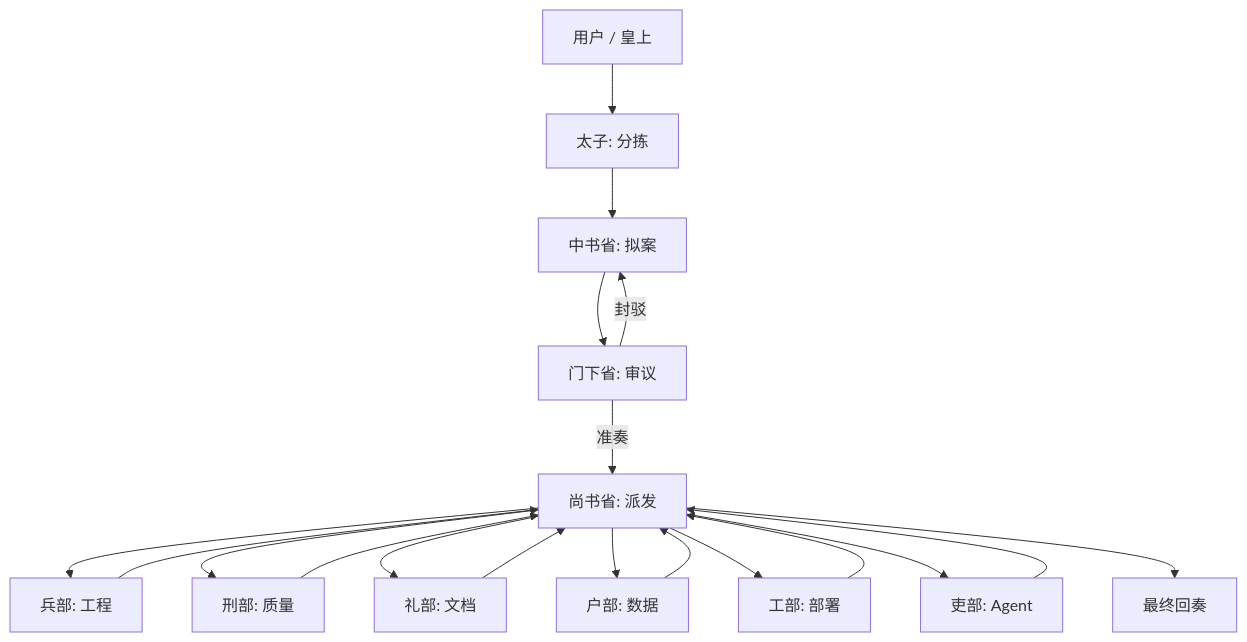
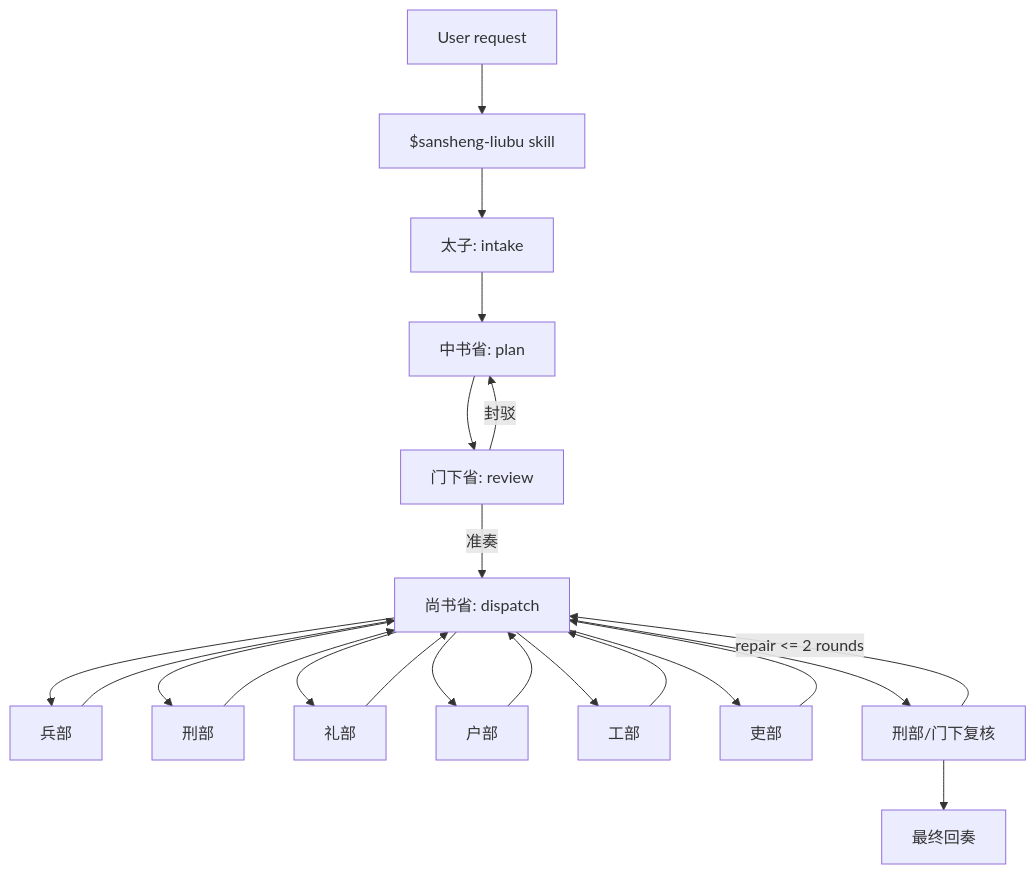
The diagram in docs/architecture.md (EthanHuangEbor/Agent-Team), drawn with Mermaid before and after one commit. The commit also changed other lines of this file and 55 other files, not shown here.

Commit message:
Refactor to Sansheng Liubu skill-first workflow

````diff
--- a/docs/architecture.md
+++ b/docs/architecture.md
@@ -7,21 +5,24 @@
 ```mermaid
 flowchart TD
-    U["用户 / 皇上"] --> T["太子: 分拣"]
-    T --> Z["中书省: 拟案"]
-    Z --> M["门下省: 审议"]
-    M -->|准奏| S["尚书省: 派发"]
+    U["User request"] --> S["$sansheng-liubu skill"]
+    S --> T["太子: intake"]
+    T --> Z["中书省: plan"]
+    Z --> M["门下省: review"]
     M -->|封驳| Z
-    S --> B["兵部: 工程"]
-    S --> X["刑部: 质量"]
-    S --> L["礼部: 文档"]
-    S --> H["户部: 数据"]
-    S --> G["工部: 部署"]
-    S --> R["吏部: Agent"]
-    B --> S
-    X --> S
-    L --> S
-    H --> S
-    G --> S
-    R --> S
-    S --> O["最终回奏"]
+    M -->|准奏| SH["尚书省: dispatch"]
+    SH --> B["兵部"]
+    SH --> X["刑部"]
+    SH --> L["礼部"]
+    SH --> H["户部"]
+    SH --> G["工部"]
+    SH --> R["吏部"]
+    B --> SH
+    X --> SH
+    L --> SH
+    H --> SH
+    G --> SH
+    R --> SH
+    SH --> Q["刑部/门下复核"]
+    Q -->|repair <= 2 rounds| SH
+    Q --> O["最终回奏"]
 ```
````
